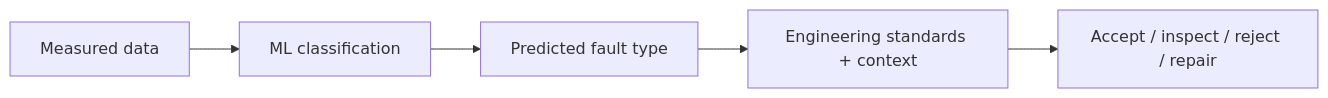
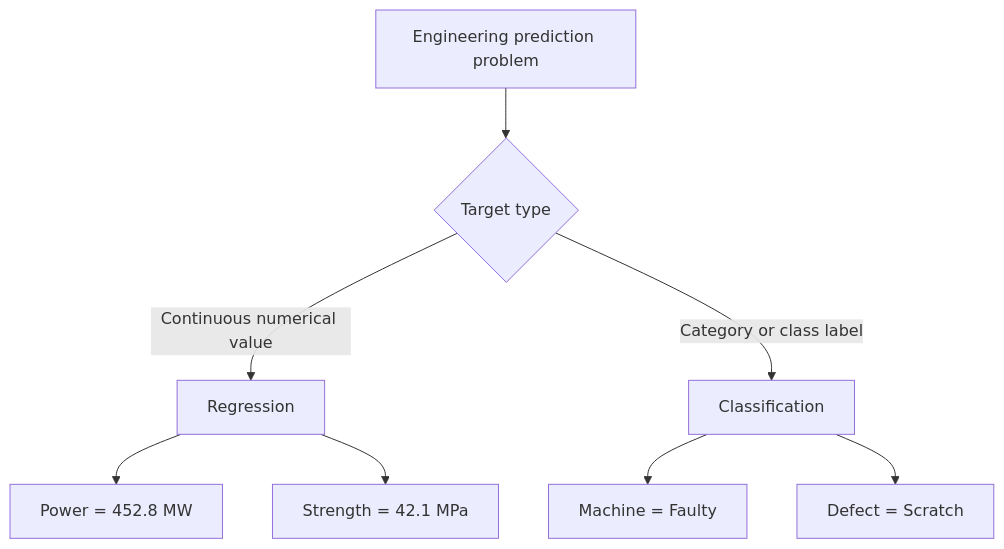
Before and after one commit to iqram20/ComputerAidedAnalysis: the second of 5 diagrams in weeks/Week_08_Classification/Week_08_Lecture_Page.md, drawn with Mermaid. The commit also changed other lines of this file, not shown here.

Commit message:
Reorganize Week 8 lecture to introduce engineering classification before steel case study

```diff
--- a/weeks/Week_08_Classification/Week_08_Lecture_Page.md
+++ b/weeks/Week_08_Classification/Week_08_Lecture_Page.md
@@ -199,7 +146,10 @@
 ~~~mermaid
-flowchart LR
-    A[Measured data] --> B[ML classification]
-    B --> C[Predicted fault type]
-    C --> D[Engineering standards + context]
-    D --> E[Accept / inspect / reject / repair]
+flowchart TD
+    A[Engineering prediction problem] --> B{Target type}
+    B -->|Continuous numerical value| C[Regression]
+    B -->|Category or class label| D[Classification]
+    C --> E[Power = 452.8 MW]
+    C --> F[Strength = 42.1 MPa]
+    D --> G[Machine = Faulty]
+    D --> H[Defect = Scratch]
 ~~~
```
